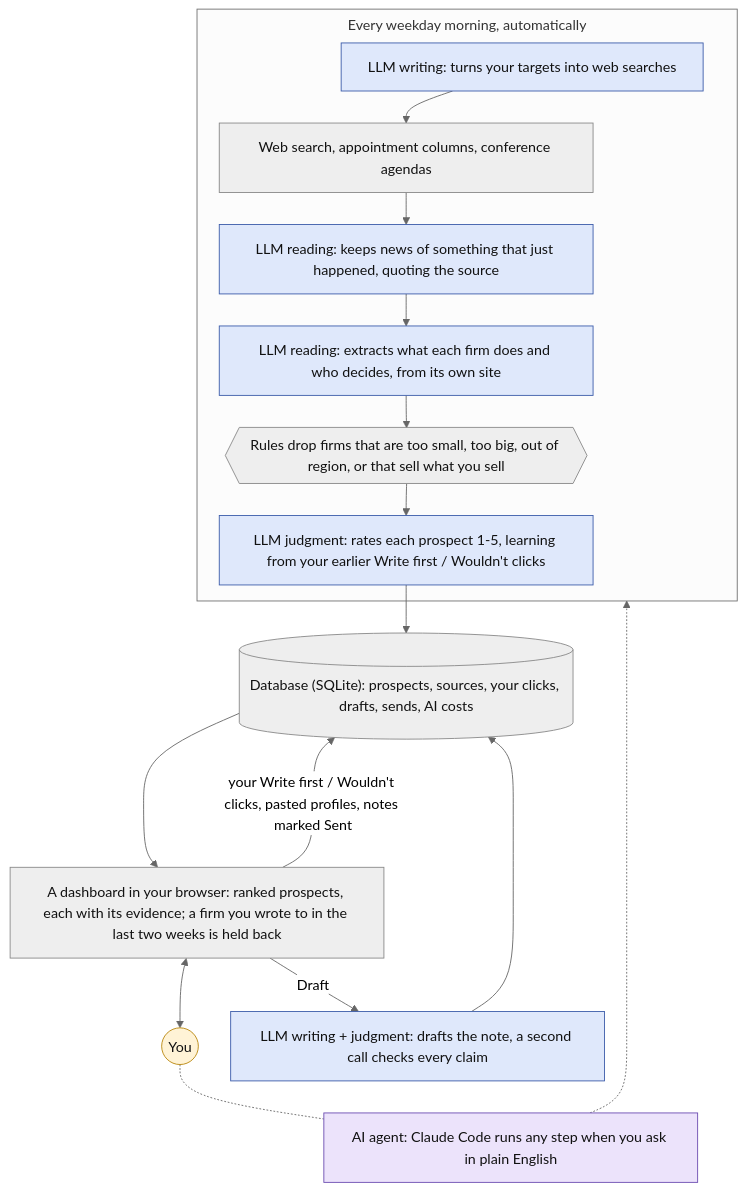
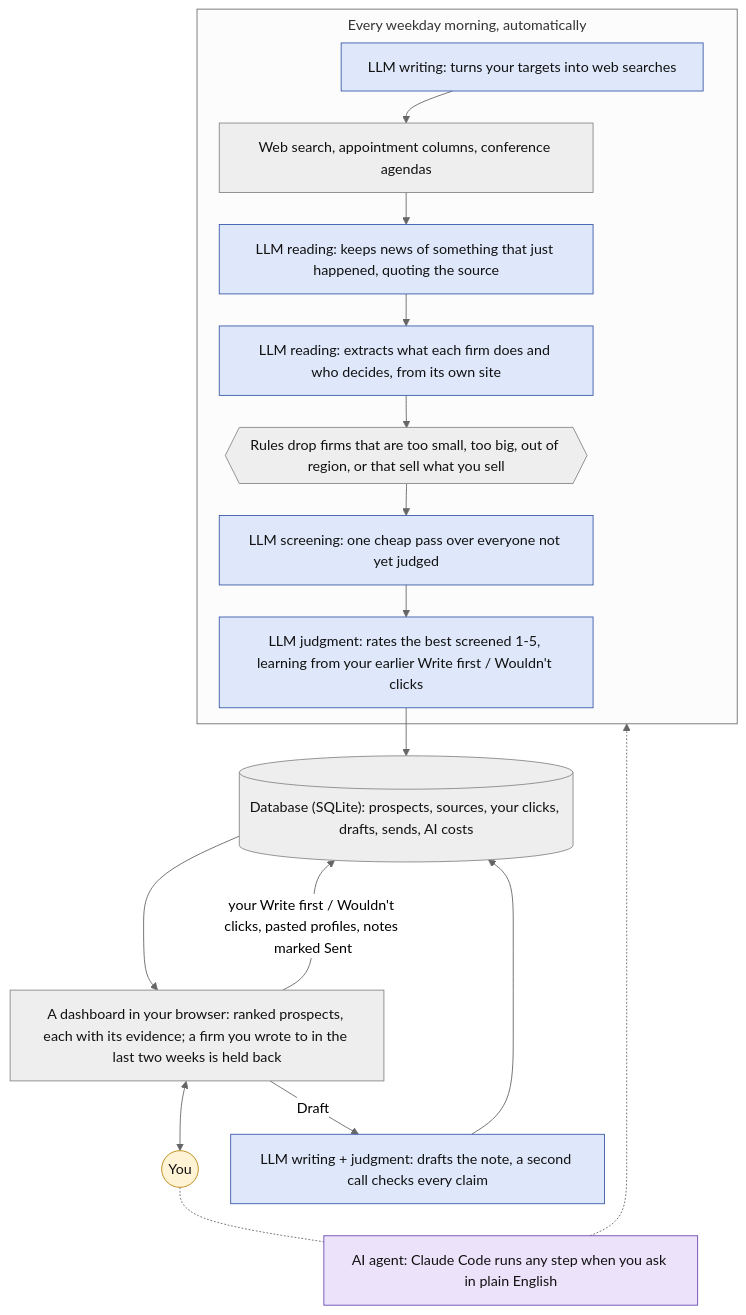
The diagram in README.md (joehahn/prospect-scanner), drawn with Mermaid (neutral theme) before and after one commit. The commit also changed other lines of this file and 2 other files, not shown here.

````diff
--- a/README.md
+++ b/README.md
@@ -37,26 +37,27 @@
 ```mermaid
 %%{init: {'flowchart': {'wrappingWidth': 360, 'nodeSpacing': 30, 'rankSpacing': 36, 'subGraphTitleMargin': {'top': 6, 'bottom': 14}}}}%%
 flowchart TD
   subgraph daily["Every weekday morning, automatically"]
     Q["LLM writing: turns your targets into web searches"]:::ai
     W["Web search, appointment columns, conference agendas"]:::code
     K["LLM reading: keeps news of something that just happened, quoting the source"]:::ai
     V["LLM reading: extracts what each firm does and who decides, from its own site"]:::ai
     G{{"Rules drop firms that are too small, too big, out of region, or that sell what you sell"}}:::code
-    J["LLM judgment: rates each prospect 1-5, learning from your earlier Write first / Wouldn't clicks"]:::ai
-    Q --> W --> K --> V --> G --> J
+    S["LLM screening: one cheap pass over everyone not yet judged"]:::ai
+    J["LLM judgment: rates the best screened 1-5, learning from your earlier Write first / Wouldn't clicks"]:::ai
+    Q --> W --> K --> V --> G --> S --> J
   end
   J --> R[("Database (SQLite): prospects, sources, your clicks, drafts, sends, AI costs")]:::code
   R ---> P["A dashboard in your browser: ranked prospects, each with its evidence; a firm you wrote to in the last two weeks is held back"]:::code
   P <--> Y(("You")):::you
   P -- "your Write first / Wouldn't clicks, pasted profiles, notes marked Sent" ---> R
   P -- "Draft" --> D["LLM writing + judgment: drafts the note, a second call checks every claim"]:::ai
   D --> R
   C["AI agent: Claude Code runs any step when you ask in plain English"]:::agent
   Y -.- C
   C -.-> daily
   classDef ai fill:#dfe8fb,stroke:#3b5ba9,color:#111
   classDef agent fill:#ece3fb,stroke:#6b4bb0,color:#111
   classDef code fill:#eeeeee,stroke:#888888,color:#111
   classDef you fill:#fff3d6,stroke:#b8860b,color:#111
 ```
````
